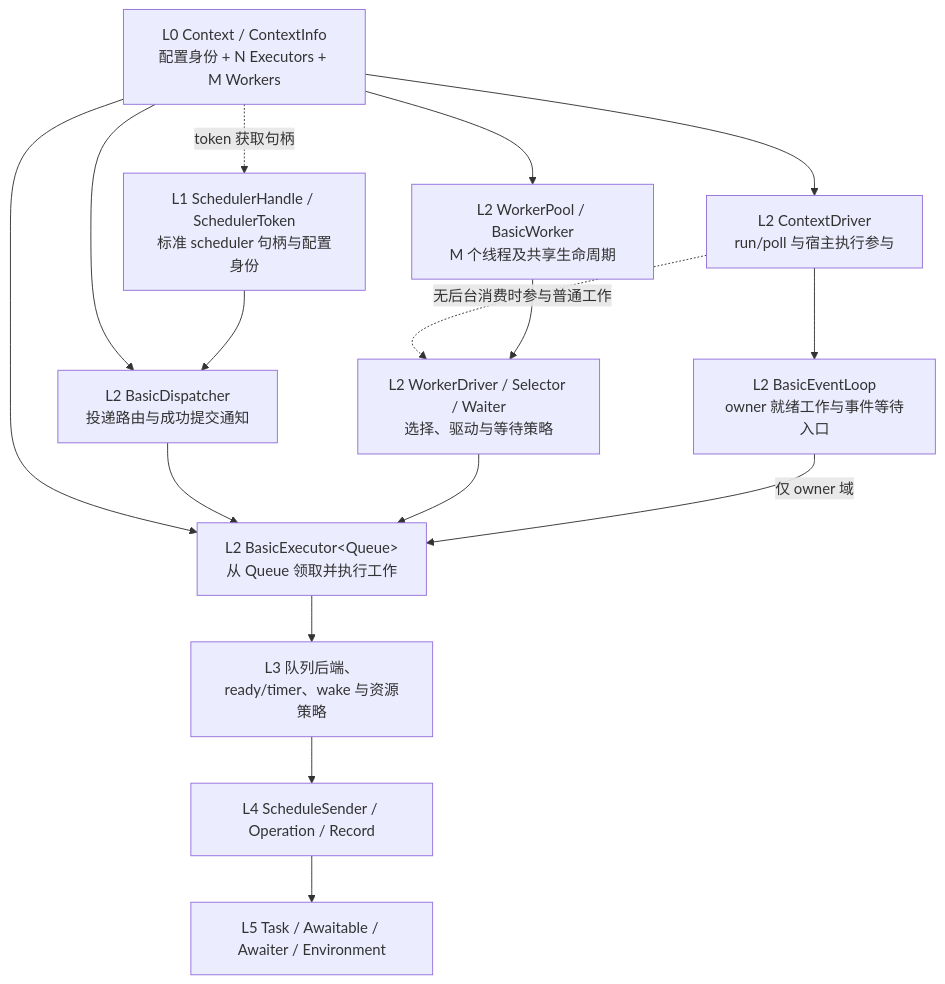
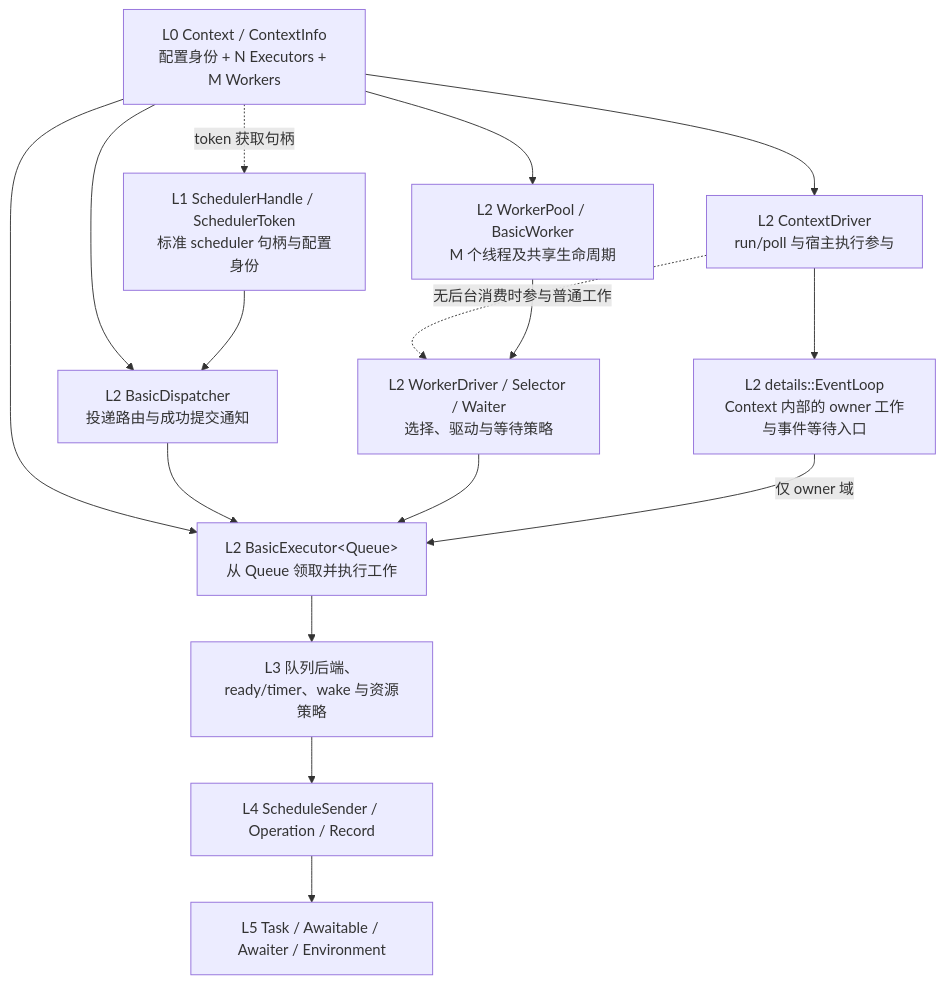
One commit to mmmmmcree/async changed the second of 4 diagrams in CORE_DESIGN.md. Above: the diagram before and after it, drawn with Mermaid. The commit also changed other lines of this file and 4 other files, not shown here.

````diff
--- a/CORE_DESIGN.md
+++ b/CORE_DESIGN.md
@@ -164,29 +166,29 @@
 ```mermaid
 flowchart TB
     C["L0 Context / ContextInfo<br/>配置身份 + N Executors + M Workers"]
     S["L1 SchedulerHandle / SchedulerToken<br/>标准 scheduler 句柄与配置身份"]
     D["L2 BasicDispatcher<br/>投递路由与成功提交通知"]
     E["L2 BasicExecutor&lt;Queue&gt;<br/>从 Queue 领取并执行工作"]
     W["L2 WorkerPool / BasicWorker<br/>M 个线程及共享生命周期"]
     WD["L2 WorkerDriver / Selector / Waiter<br/>选择、驱动与等待策略"]
     H["L2 ContextDriver<br/>run/poll 与宿主执行参与"]
     P["L3 队列后端、ready/timer、wake 与资源策略"]
     O["L4 ScheduleSender / Operation / Record"]
     T["L5 Task / Awaitable / Awaiter / Environment"]
     C --> E
     C --> W
     C --> D
     C --> H
-    L["L2 BasicEventLoop<br/>owner 就绪工作与事件等待入口"]
+    L["L2 details::EventLoop<br/>Context 内部的 owner 工作与事件等待入口"]
     H --> L
     H -.->|"无后台消费时参与普通工作"| WD
     C -.->|"token 获取句柄"| S
     S --> D
     D --> E
     W --> WD
     WD --> E
     L -->|"仅 owner 域"| E
     E --> P
     P --> O
     O --> T
 ```
````
